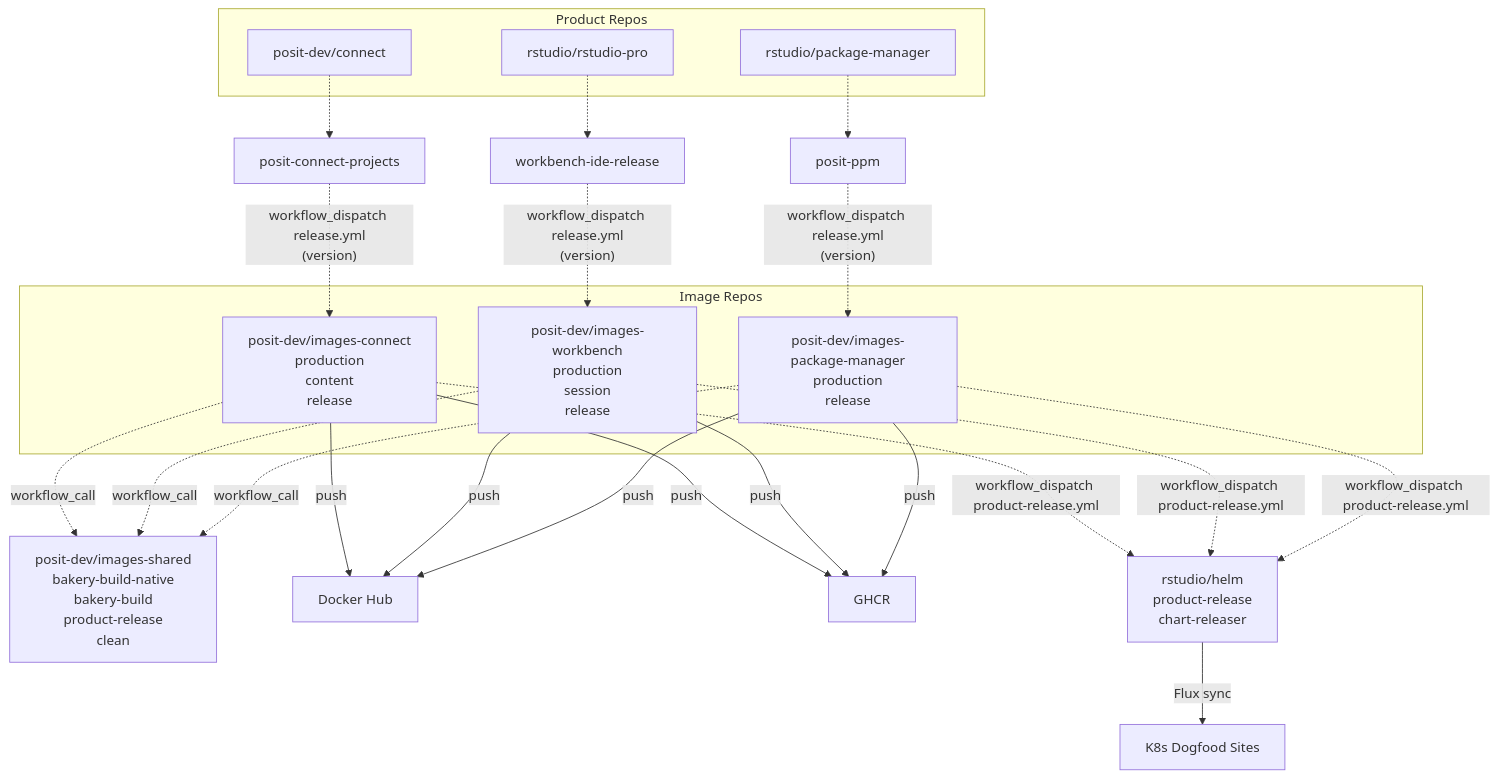
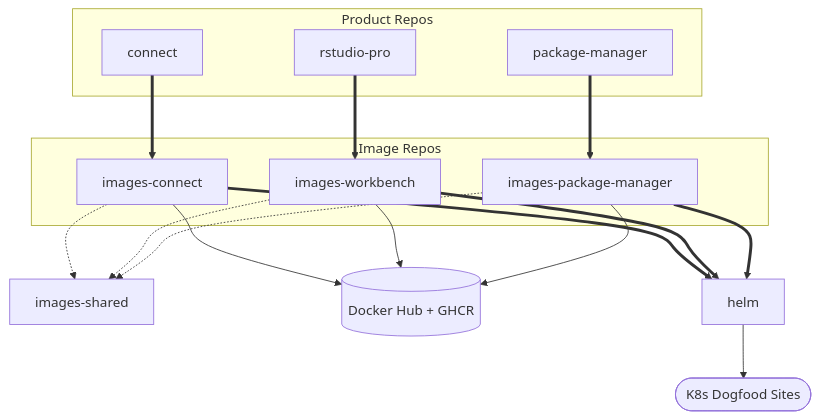
One commit to posit-dev/images-shared changed the second of 9 diagrams in posit-bakery/docs/cross-repo-workflows.qmd. Above: the diagram before and after it, drawn with Mermaid. The commit also changed other lines of this file and 1 other file, not shown here.

First line of the commit message:
Update cross-repo workflow diagrams

````diff
--- a/posit-bakery/docs/cross-repo-workflows.qmd
+++ b/posit-bakery/docs/cross-repo-workflows.qmd
@@ -55,52 +63,37 @@
 ```{mermaid}
 %%| fig-cap: "Production Release Flow"
 graph TD
     subgraph "Product Repos"
-        CONNECT_PROD["posit-dev/connect"]
-        WORKBENCH_PROD["rstudio/rstudio-pro"]
-        PPM_PROD["rstudio/package-manager"]
+        CONNECT_PROD["connect"]
+        WORKBENCH_PROD["rstudio-pro"]
+        PPM_PROD["package-manager"]
     end
 
-    CONNECT_BOT["posit-connect-projects"]
-    WORKBENCH_BOT["workbench-ide-release"]
-    PPM_BOT["posit-ppm"]
-
-    CONNECT_PROD -.-> CONNECT_BOT
-    WORKBENCH_PROD -.-> WORKBENCH_BOT
-    PPM_PROD -.-> PPM_BOT
-
-    CONNECT_BOT -.->|"workflow_dispatch release.yml<br/>(version)"| IMG_CONNECT
-    WORKBENCH_BOT -.->|"workflow_dispatch release.yml<br/>(version)"| IMG_WORKBENCH
-    PPM_BOT -.->|"workflow_dispatch release.yml<br/>(version)"| IMG_PM
-
-    SHARED["posit-dev/images-shared<br/>bakery-build-native<br/>bakery-build<br/>product-release<br/>clean"]
+    CONNECT_PROD ==> IMG_CONNECT
+    WORKBENCH_PROD ==> IMG_WORKBENCH
+    PPM_PROD ==> IMG_PM
 
     subgraph "Image Repos"
-        IMG_CONNECT["posit-dev/images-connect<br/>production<br/>content<br/>release"]
-        IMG_WORKBENCH["posit-dev/images-workbench<br/>production<br/>session<br/>release"]
-        IMG_PM["posit-dev/images-package-manager<br/>production<br/>release"]
+        IMG_CONNECT["images-connect"]
+        IMG_WORKBENCH["images-workbench"]
+        IMG_PM["images-package-manager"]
     end
 
-    IMG_CONNECT -.->|workflow_call| SHARED
-    IMG_WORKBENCH -.->|workflow_call| SHARED
-    IMG_PM -.->|workflow_call| SHARED
+    IMG_CONNECT -.-> SHARED
+    IMG_WORKBENCH -.-> SHARED
+    IMG_PM -.-> SHARED
 
-    IMG_CONNECT -->|push| DOCKERHUB
-    IMG_CONNECT -->|push| GHCR
-    IMG_WORKBENCH -->|push| DOCKERHUB
-    IMG_WORKBENCH -->|push| GHCR
-    IMG_PM -->|push| DOCKERHUB
-    IMG_PM -->|push| GHCR
+    SHARED["images-shared"]
 
-    DOCKERHUB["Docker Hub"]
-    GHCR["GHCR"]
+    IMG_CONNECT --> REGISTRIES
+    IMG_WORKBENCH --> REGISTRIES
+    IMG_PM --> REGISTRIES
 
-    IMG_CONNECT -.->|"workflow_dispatch product-release.yml"| HELM
-    IMG_WORKBENCH -.->|"workflow_dispatch product-release.yml"| HELM
-    IMG_PM -.->|"workflow_dispatch product-release.yml"| HELM
+    REGISTRIES[("Docker Hub + GHCR")]
 
-    HELM["rstudio/helm<br/>product-release<br/>chart-releaser"]
-    HELM -->|Flux sync| K8S
+    IMG_CONNECT ==> HELM
+    IMG_WORKBENCH ==> HELM
+    IMG_PM ==> HELM
 
-    K8S["K8s Dogfood Sites"]
+    HELM["helm"] --> K8S(["K8s Dogfood Sites"])
 ```
````
